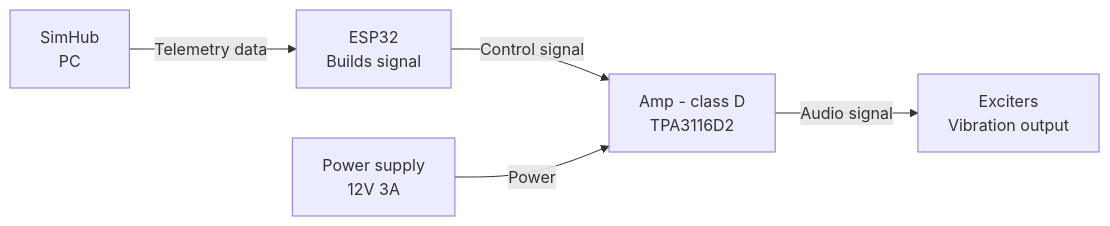
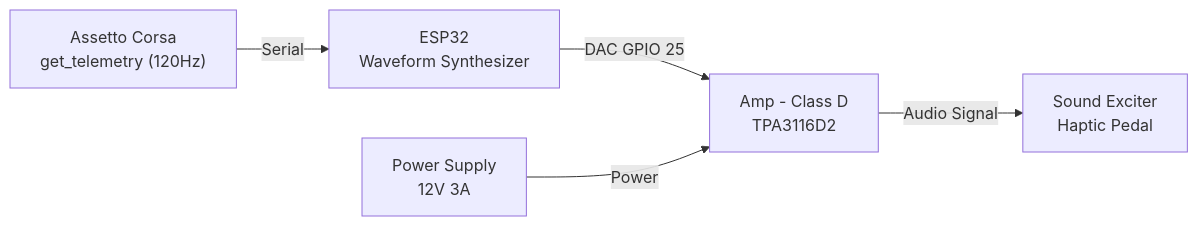
The first of 2 diagrams in README.md (tminh-U/DIY-Haptic-Motor-for-Pedals), drawn with Mermaid before and after one commit. The commit also changed other lines of this file, not shown here.

Commit message:
Update REAME.md outdated data

````diff
--- a/README.md
+++ b/README.md
@@ -22,7 +22,7 @@
 ```mermaid
 flowchart LR
-    A["SimHub<br/>PC"] -->|Telemetry data| B["ESP32<br/>Builds signal"]
-    B -->|Control signal| C["Amp - class D<br/>TPA3116D2"]
-    C -->|Audio signal| D["Exciters<br/>Vibration output"]
-    E["Power supply<br/>12V 3A"] -->|Power| C
+    A["Assetto Corsa<br/>get_telemetry (120Hz)"] -->|Serial| B["ESP32<br/>Waveform Synthesizer"]
+    B -->|DAC GPIO 25| C["Amp - Class D<br/>TPA3116D2"]
+    C -->|Audio Signal| D["Sound Exciter<br/>Haptic Pedal"]
+    E["Power Supply<br/>12V 3A"] -->|Power| C
 ```
````
